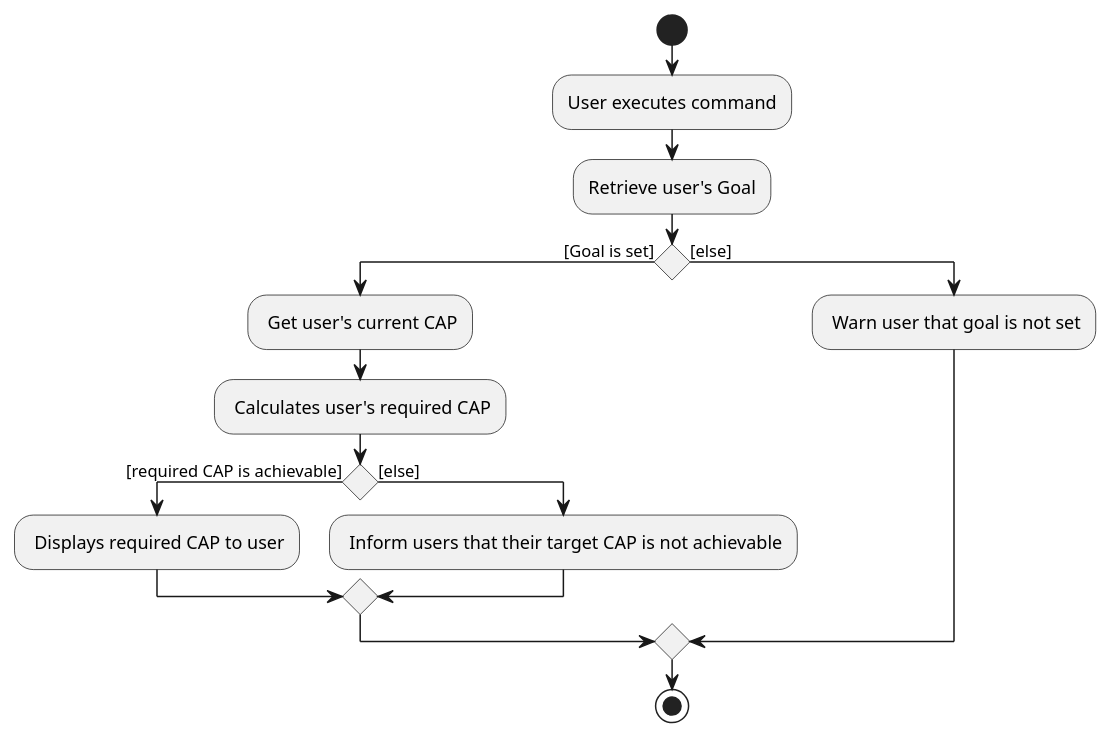
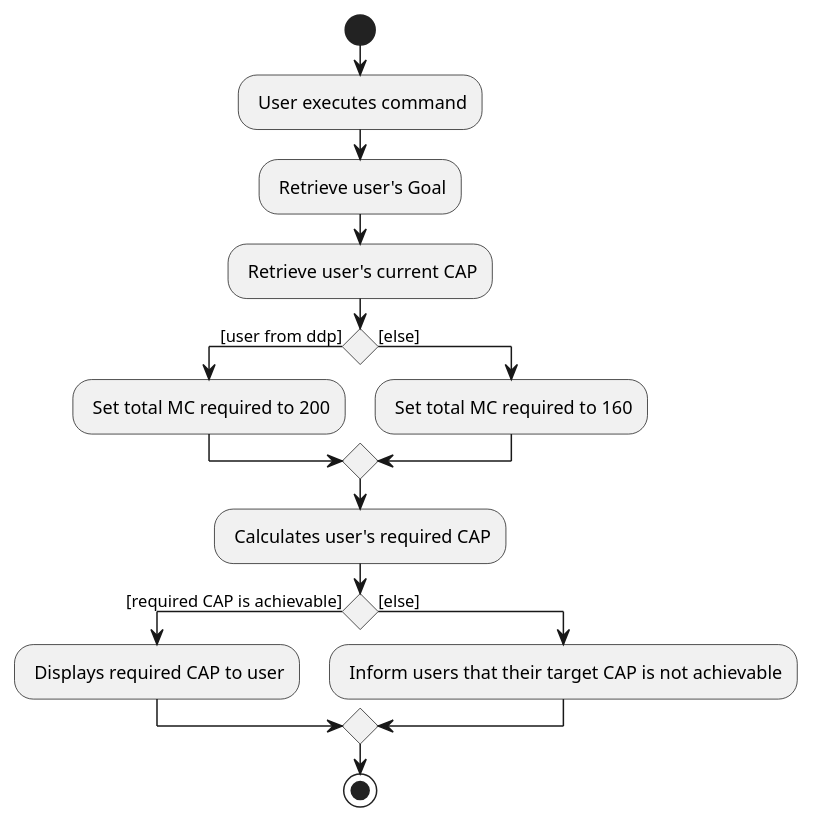
The diagram in docs/diagrams/ProgressActivityDiagram.puml (zhaolingshan/tp), drawn with PlantUML before and after one commit. The commit also changed 2 other files, not shown here.

Commit message:
Add ProgressActivityDiagram

```diff
--- a/docs/diagrams/ProgressActivityDiagram.puml
+++ b/docs/diagrams/ProgressActivityDiagram.puml
@@ -1,21 +1,22 @@
 @startuml
 start
-:User executes command;
-:Retrieve user's Goal;
+: User executes command;
+: Retrieve user's Goal;
 'Since the beta syntax does not support placing the condition outside the
 'diamond we place it as the true branch instead.
-
-if () then ([Goal is set])
-    : Get user's current CAP;
+: Retrieve user's current CAP;
+if () then ([user from ddp])
+    : Set total MC required to 200;
+else ([else])
+    : Set total MC required to 160;
+endif
     : Calculates user's required CAP;
     if () then ([required CAP is achievable])
         : Displays required CAP to user;
     else ([else])
         : Inform users that their target CAP is not achievable;
     endif
 
-else ([else])
-: Warn user that goal is not set;
-endif
+
 stop
 @enduml
```
